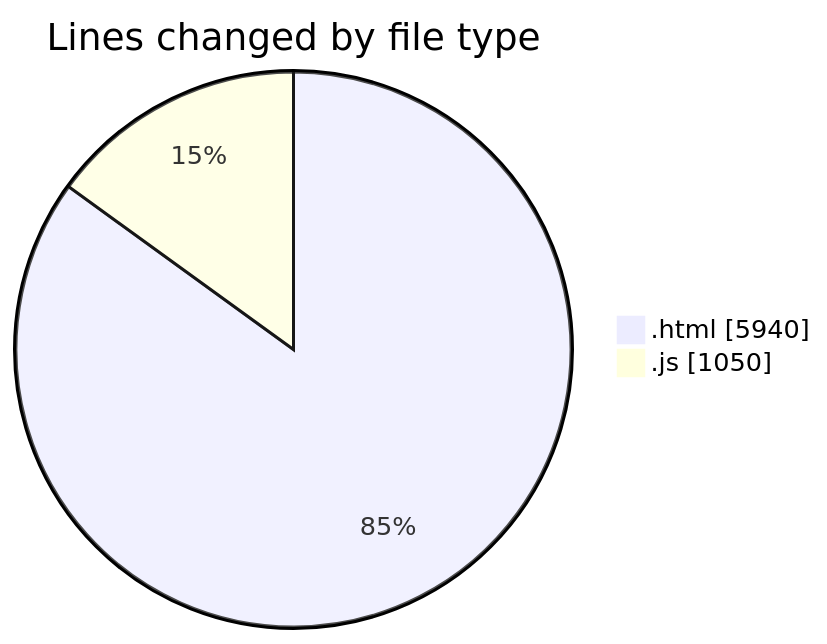
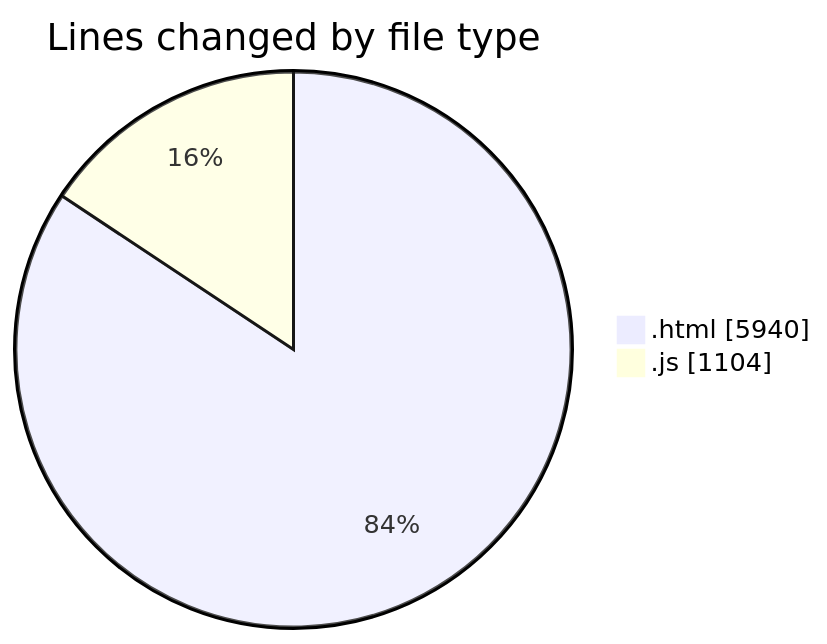
The first of 2 diagrams in 2025-08-10/nxtqube_webapp/README.md (nxtqubesakshisongat/code-tracking), drawn with Mermaid before and after one commit. The commit also changed other lines of this file and 1 other file, not shown here.

````diff
--- a/2025-08-10/nxtqube_webapp/README.md
+++ b/2025-08-10/nxtqube_webapp/README.md
@@ -23,6 +23,6 @@
 ```mermaid
 pie showData
 title Lines changed by file type
 ".html" : 5940
-".js" : 1050
+".js" : 1104
 ```
````
